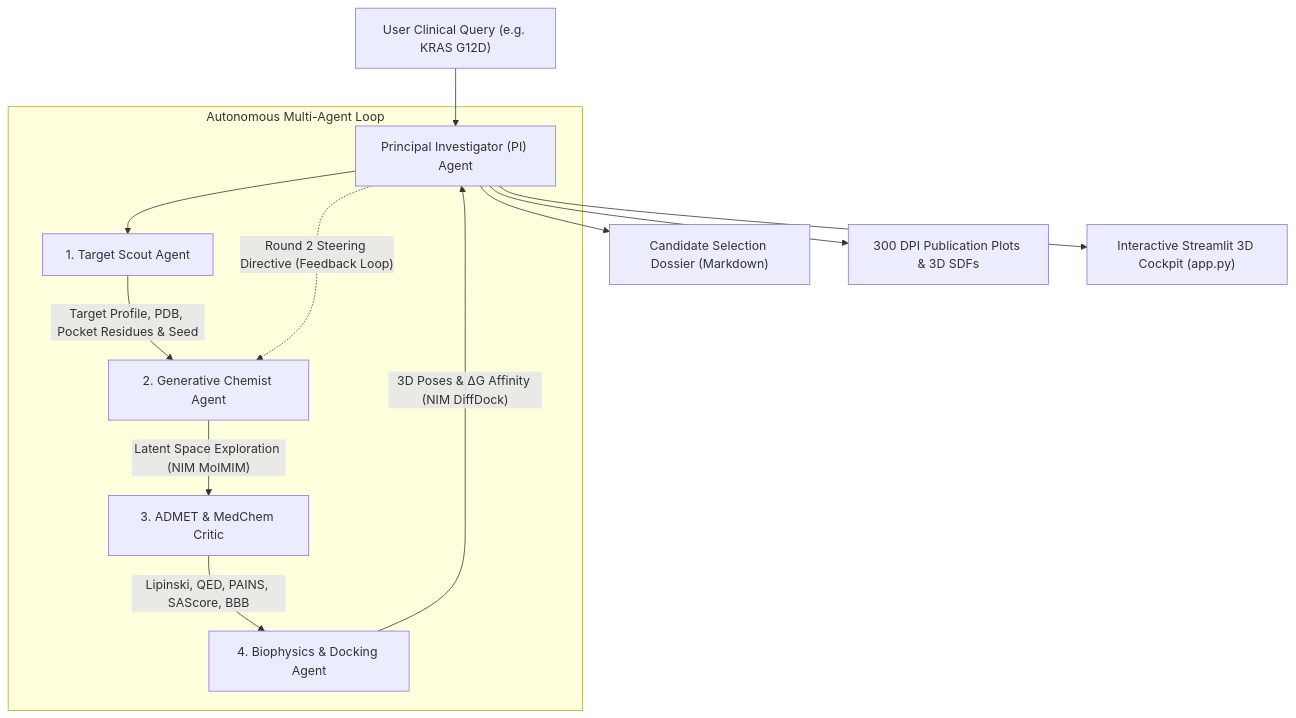
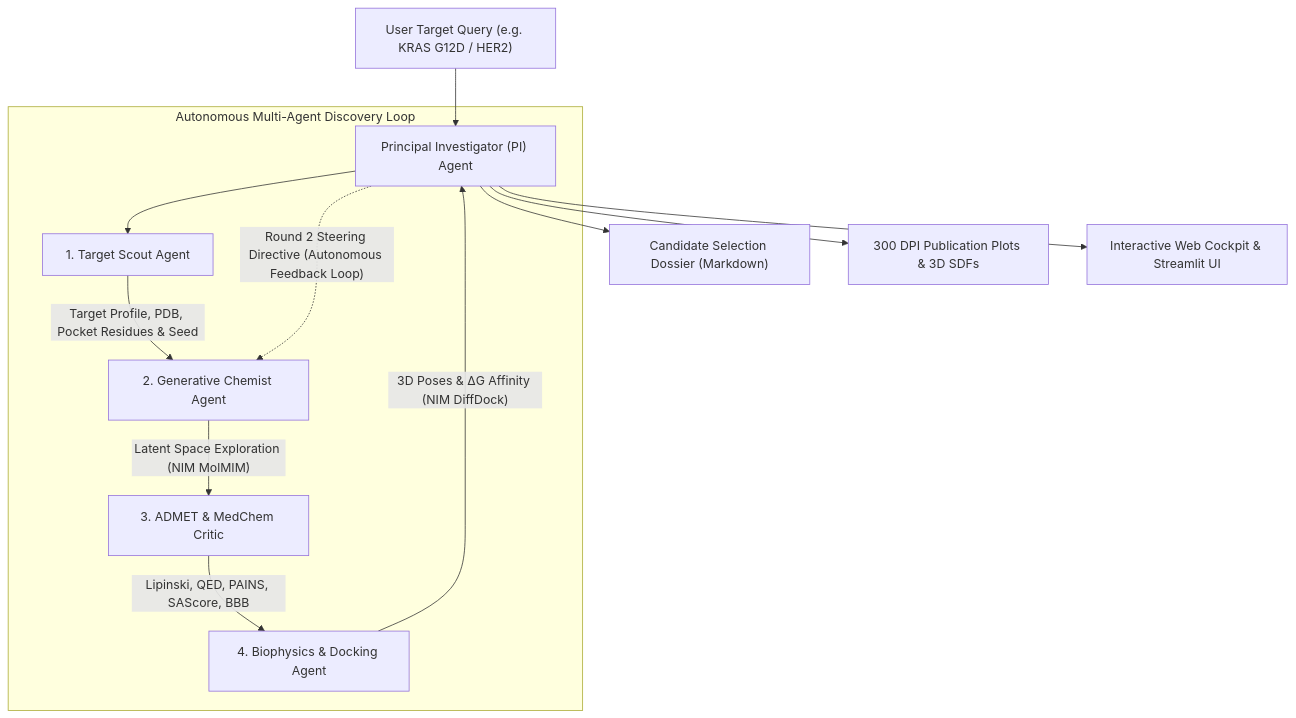
The diagram in README.md (Jorwalzzz/bionemo-agentic-scientist), drawn with Mermaid before and after one commit. The commit also changed other lines of this file and 23 other files, not shown here.

Commit message:
feat: expand target library (Mpro & HER2), add Docker compose, CI matrix, quickstart notebook, and DevRel forum showcase

````diff
--- a/README.md
+++ b/README.md
@@ -36,19 +33,19 @@
 ```mermaid
 graph TD
-    User["User Clinical Query (e.g. KRAS G12D)"] --> PI["Principal Investigator (PI) Agent"]
-    
-    subgraph DiscoveryLoop ["Autonomous Multi-Agent Loop"]
+    User["User Target Query (e.g. KRAS G12D / HER2)"] --> PI["Principal Investigator (PI) Agent"]
+
+    subgraph DiscoveryLoop ["Autonomous Multi-Agent Discovery Loop"]
         PI --> TS["1. Target Scout Agent"]
         TS -->|"Target Profile, PDB, Pocket Residues & Seed"| GC["2. Generative Chemist Agent"]
         GC -->|"Latent Space Exploration (NIM MolMIM)"| AC["3. ADMET & MedChem Critic"]
-        
+
         AC -->|"Lipinski, QED, PAINS, SAScore, BBB"| DA["4. Biophysics & Docking Agent"]
         DA -->|"3D Poses & ΔG Affinity (NIM DiffDock)"| PI
-        
-        PI -.->|"Round 2 Steering Directive (Feedback Loop)"| GC
+
+        PI -.->|"Round 2 Steering Directive (Autonomous Feedback Loop)"| GC
     end
-    
+
     PI --> Dossier["Candidate Selection Dossier (Markdown)"]
     PI --> Plots["300 DPI Publication Plots & 3D SDFs"]
-    PI --> Cockpit["Interactive Streamlit 3D Cockpit (app.py)"]
+    PI --> Cockpit["Interactive Web Cockpit & Streamlit UI"]
 ```
````
